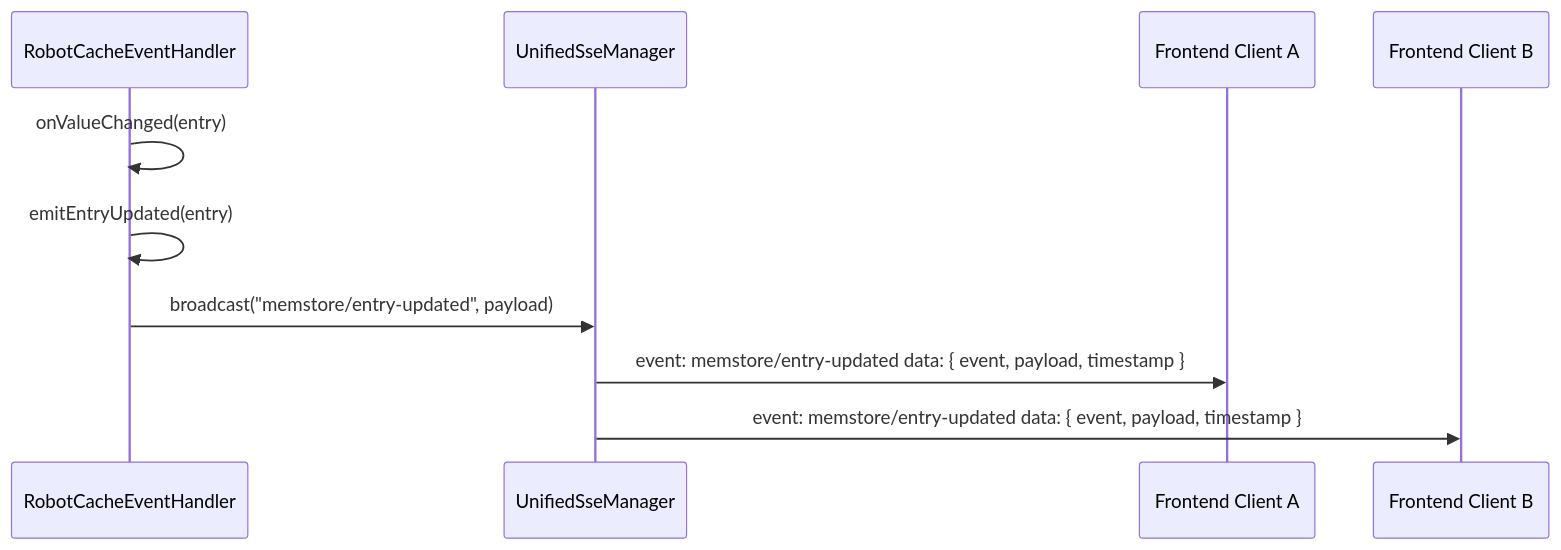
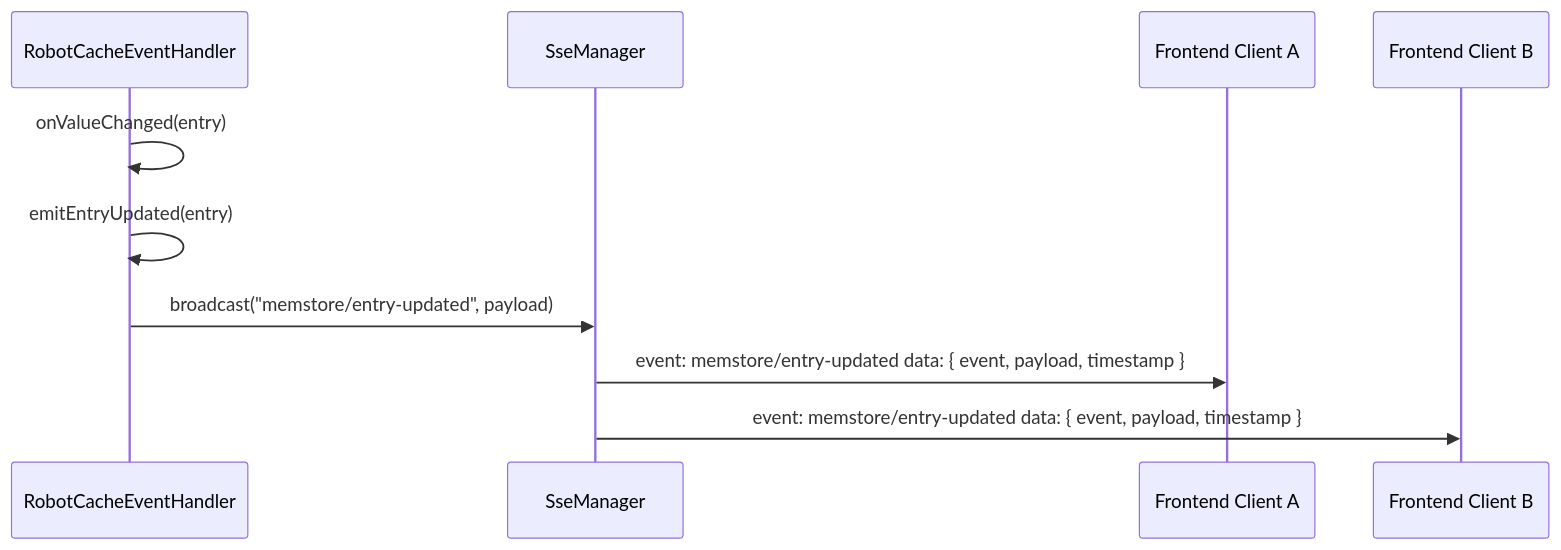
One commit to etrita005/syrius-robotops changed the second of 5 diagrams in documents/design/sse-manager.md. Above: the diagram before and after it, drawn with Mermaid. The commit also changed other lines of this file and 19 other files, not shown here.

First line of the commit message:
refactor: add ISseManagerEventHandler interface, fix Robot Details SSE subscriptions

````diff
--- a/documents/design/sse-manager.md
+++ b/documents/design/sse-manager.md
@@ -354,14 +446,14 @@
 ```mermaid
 sequenceDiagram
     participant Handler as RobotCacheEventHandler
-    participant SSE as UnifiedSseManager
+    participant SSE as SseManager
     participant Client1 as Frontend Client A
     participant Client2 as Frontend Client B
 
     Handler->>Handler: onValueChanged(entry)
     Handler->>Handler: emitEntryUpdated(entry)
     Handler->>SSE: broadcast("memstore/entry-updated", payload)
 
     SSE->>Client1: event: memstore/entry-updated data: { event, payload, timestamp }
     SSE->>Client2: event: memstore/entry-updated data: { event, payload, timestamp }
 ```
````
